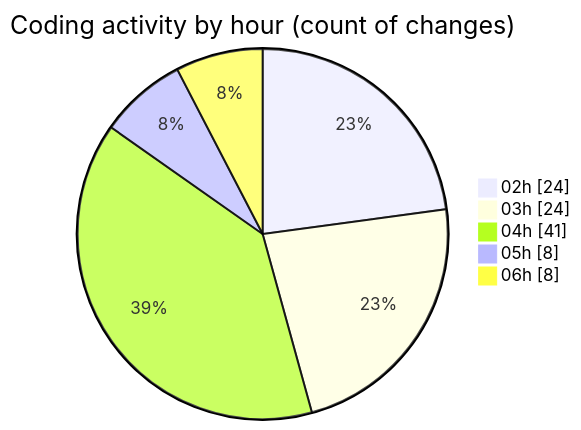
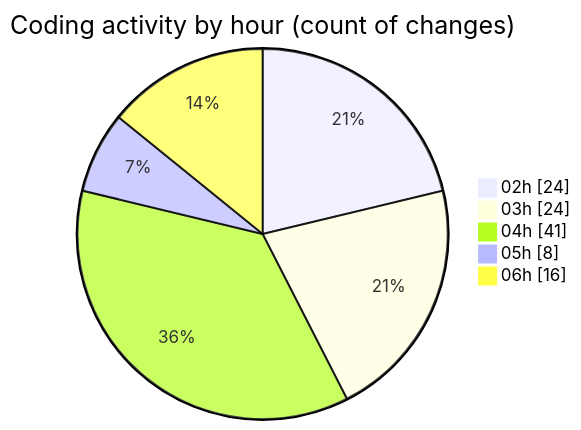
The second of 2 diagrams in 2025-07-23/quanlyrapchieuphim/README.md (lephambinh05/code-tracking), drawn with Mermaid before and after one commit. The commit also changed other lines of this file and 1 other file, not shown here.

````diff
--- a/2025-07-23/quanlyrapchieuphim/README.md
+++ b/2025-07-23/quanlyrapchieuphim/README.md
@@ -38,9 +40,9 @@
 ```mermaid
 pie showData
 title Coding activity by hour (count of changes)
 "02h" : 24
 "03h" : 24
 "04h" : 41
 "05h" : 8
-"06h" : 8
+"06h" : 16
 ```
````
